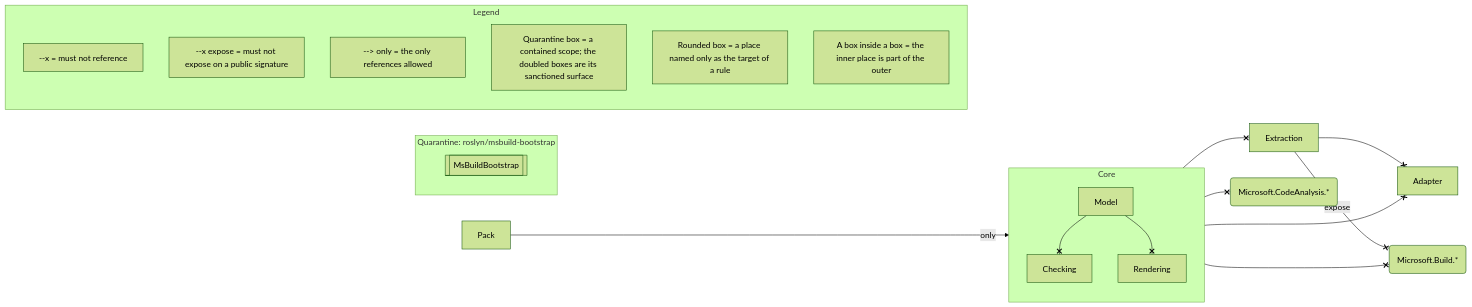
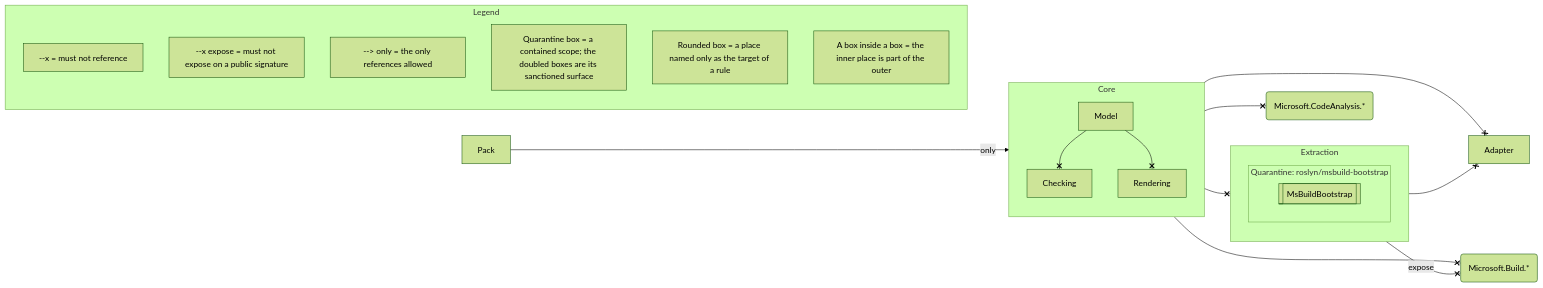
One commit to andypgray/loadbearing changed the second of 2 diagrams in ARCHITECTURE.md. Above: the diagram before and after it, drawn with Mermaid (forest theme). The commit also changed 84 other files, not shown here.

````diff
--- a/ARCHITECTURE.md
+++ b/ARCHITECTURE.md
@@ -41,38 +41,39 @@
 ```mermaid
 flowchart LR
     accTitle: Architecture law: Zphil.LoadBearing.ArchSpec
     accDescr: The places this spec names, the references it forbids, and the debt it grandfathers.
 
     subgraph s_Core["Core"]
         s_Model["Model"]
         s_Checking["Checking"]
         s_Rendering["Rendering"]
     end
-    s_Extraction["Extraction"]
+    subgraph s_Extraction["Extraction"]
+        subgraph s_Zphil_LoadBearing_Roslyn_MsBuild["Quarantine: roslyn/msbuild-bootstrap"]
+            s_MsBuildBootstrap[["MsBuildBootstrap"]]
+        end
+    end
     s_Microsoft_CodeAnalysis("Microsoft.CodeAnalysis.*")
     s_Microsoft_Build("Microsoft.Build.*")
     s_Pack["Pack"]
     s_Adapter["Adapter"]
-    subgraph s_Zphil_LoadBearing_Roslyn_MsBuild["Quarantine: roslyn/msbuild-bootstrap"]
-        s_MsBuildBootstrap[["MsBuildBootstrap"]]
-    end
 
     s_Core --x s_Extraction
     s_Core --x s_Microsoft_CodeAnalysis
     s_Core --x s_Microsoft_Build
     s_Model --x s_Checking
     s_Model --x s_Rendering
     s_Pack -->|"only"| s_Core
     s_Core --x s_Adapter
     s_Extraction --x s_Adapter
     s_Extraction --x|"expose"| s_Microsoft_Build
 
     subgraph l_legend["Legend"]
         l_ban["--x = must not reference"]
         l_expose["--x expose = must not expose on a public signature"]
         l_only["--> only = the only references allowed"]
         l_quarantine["Quarantine box = a contained scope; the doubled boxes are its sanctioned surface"]
         l_outside["Rounded box = a place named only as the target of a rule"]
         l_nesting["A box inside a box = the inner place is part of the outer"]
     end
 ```
````
